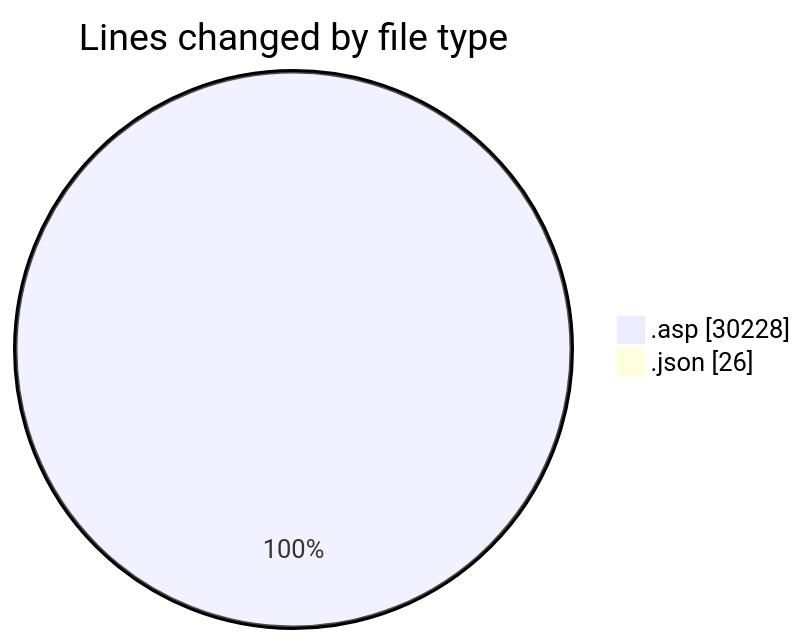
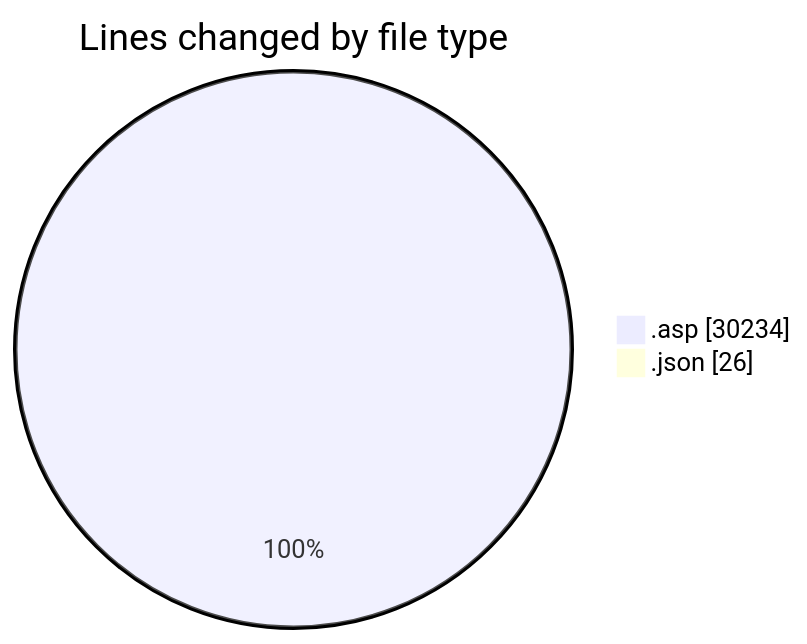
Before and after one commit to julien-gomy/code-tracking: the first of 2 diagrams in 2025-11-27/cdp_aleoudev_fr__workspace_/README.md, drawn with Mermaid. The commit also changed other lines of this file and 1 other file, not shown here.

````diff
--- a/2025-11-27/cdp_aleoudev_fr__workspace_/README.md
+++ b/2025-11-27/cdp_aleoudev_fr__workspace_/README.md
@@ -44,6 +44,6 @@
 ```mermaid
 pie showData
 title Lines changed by file type
-".asp" : 30228
+".asp" : 30234
 ".json" : 26
 ```
````
